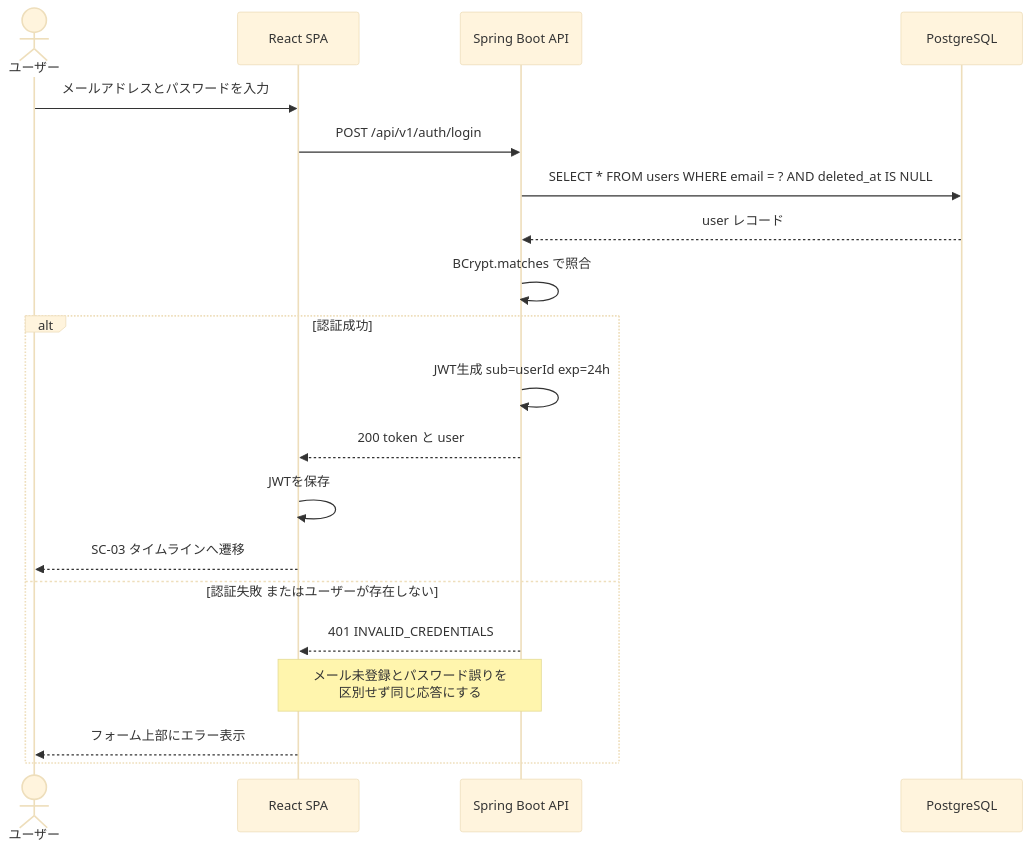
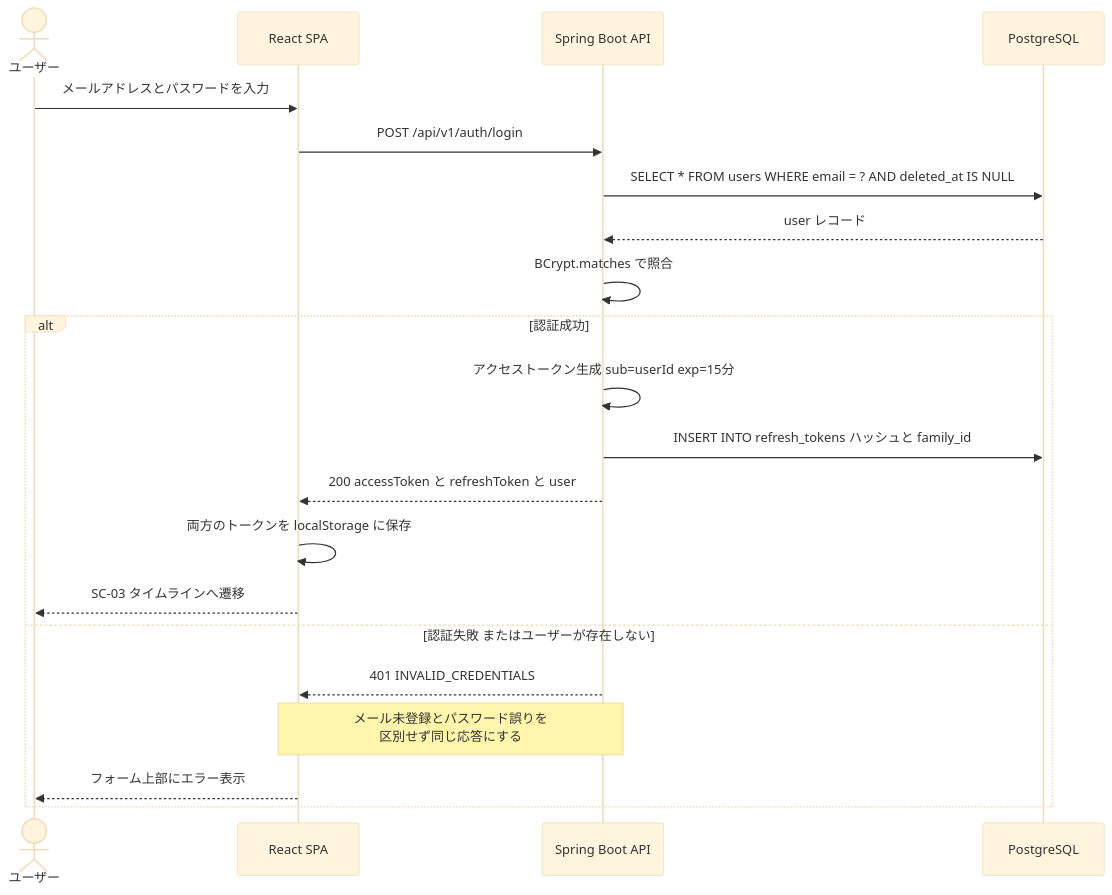
The first of 4 diagrams in docs/05_api_design.md (tomo-taka108/SnsTimeLineApp), drawn with Mermaid (base theme) before and after one commit. The commit also changed other lines of this file and 13 other files, not shown here.

````diff
--- a/docs/05_api_design.md
+++ b/docs/05_api_design.md
@@ -860,24 +931,25 @@
 ```mermaid
 sequenceDiagram
     actor U as ユーザー
     participant R as React SPA
     participant A as Spring Boot API
     participant D as PostgreSQL
 
     U->>R: メールアドレスとパスワードを入力
     R->>A: POST /api/v1/auth/login
     A->>D: SELECT * FROM users WHERE email = ? AND deleted_at IS NULL
     D-->>A: user レコード
     A->>A: BCrypt.matches で照合
 
     alt 認証成功
-        A->>A: JWT生成 sub=userId exp=24h
-        A-->>R: 200 token と user
-        R->>R: JWTを保存
+        A->>A: アクセストークン生成 sub=userId exp=15分
+        A->>D: INSERT INTO refresh_tokens ハッシュと family_id
+        A-->>R: 200 accessToken と refreshToken と user
+        R->>R: 両方のトークンを localStorage に保存
         R-->>U: SC-03 タイムラインへ遷移
     else 認証失敗 またはユーザーが存在しない
         A-->>R: 401 INVALID_CREDENTIALS
         Note over A,R: メール未登録とパスワード誤りを<br/>区別せず同じ応答にする
         R-->>U: フォーム上部にエラー表示
     end
 ```
````
